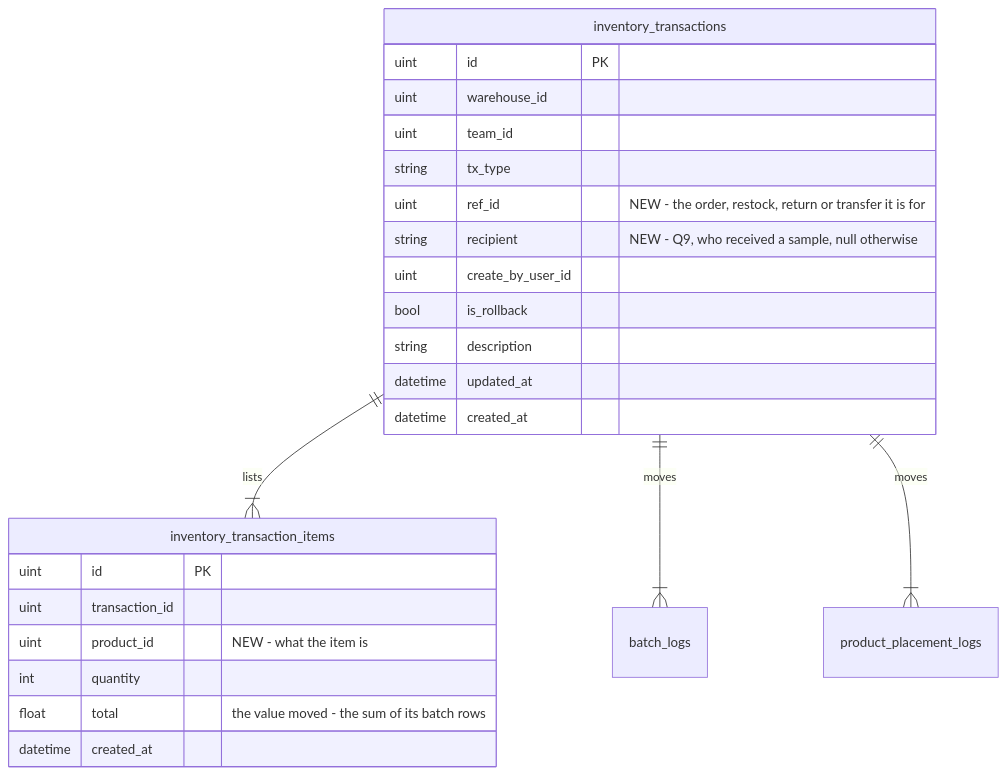
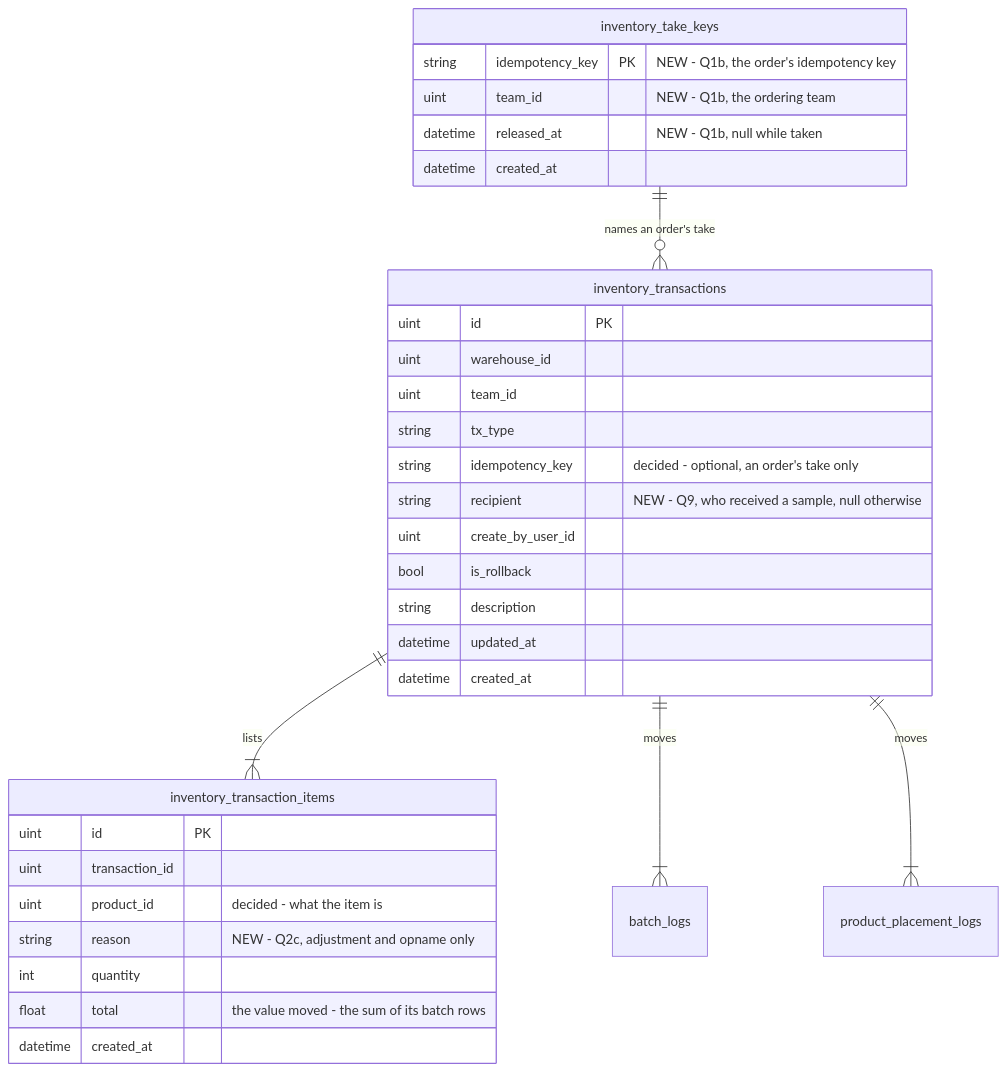
The first of 9 diagrams in docs/business/inventory/transaction_clarify.md (pdcgo/warehouse_revamp), drawn with Mermaid before and after one commit. The commit also changed other lines of this file and 15 other files, not shown here.

````diff
--- a/docs/business/inventory/transaction_clarify.md
+++ b/docs/business/inventory/transaction_clarify.md
@@ -39,27 +57,35 @@
 ```mermaid
 erDiagram
+  inventory_take_keys ||--o{ inventory_transactions : "names an order's take"
   inventory_transactions ||--|{ inventory_transaction_items : lists
   inventory_transactions ||--|{ batch_logs : moves
   inventory_transactions ||--|{ product_placement_logs : moves
+  inventory_take_keys {
+    string idempotency_key PK "NEW - Q1b, the order's idempotency key"
+    uint team_id "NEW - Q1b, the ordering team"
+    datetime released_at "NEW - Q1b, null while taken"
+    datetime created_at
+  }
   inventory_transactions {
     uint id PK
     uint warehouse_id
     uint team_id
     string tx_type
-    uint ref_id "NEW - the order, restock, return or transfer it is for"
+    string idempotency_key "decided - optional, an order's take only"
     string recipient "NEW - Q9, who received a sample, null otherwise"
     uint create_by_user_id
     bool is_rollback
     string description
     datetime updated_at
     datetime created_at
   }
   inventory_transaction_items {
     uint id PK
     uint transaction_id
-    uint product_id "NEW - what the item is"
+    uint product_id "decided - what the item is"
+    string reason "NEW - Q2c, adjustment and opname only"
     int quantity
     float total "the value moved - the sum of its batch rows"
     datetime created_at
   }
 ```
````
